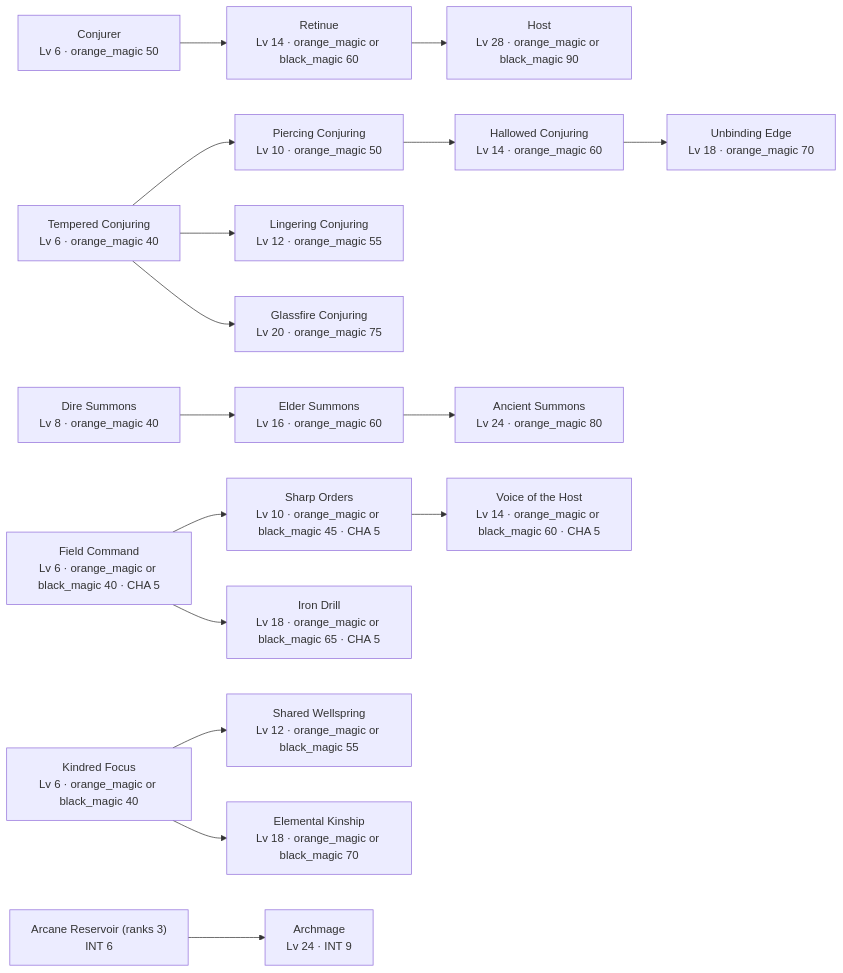
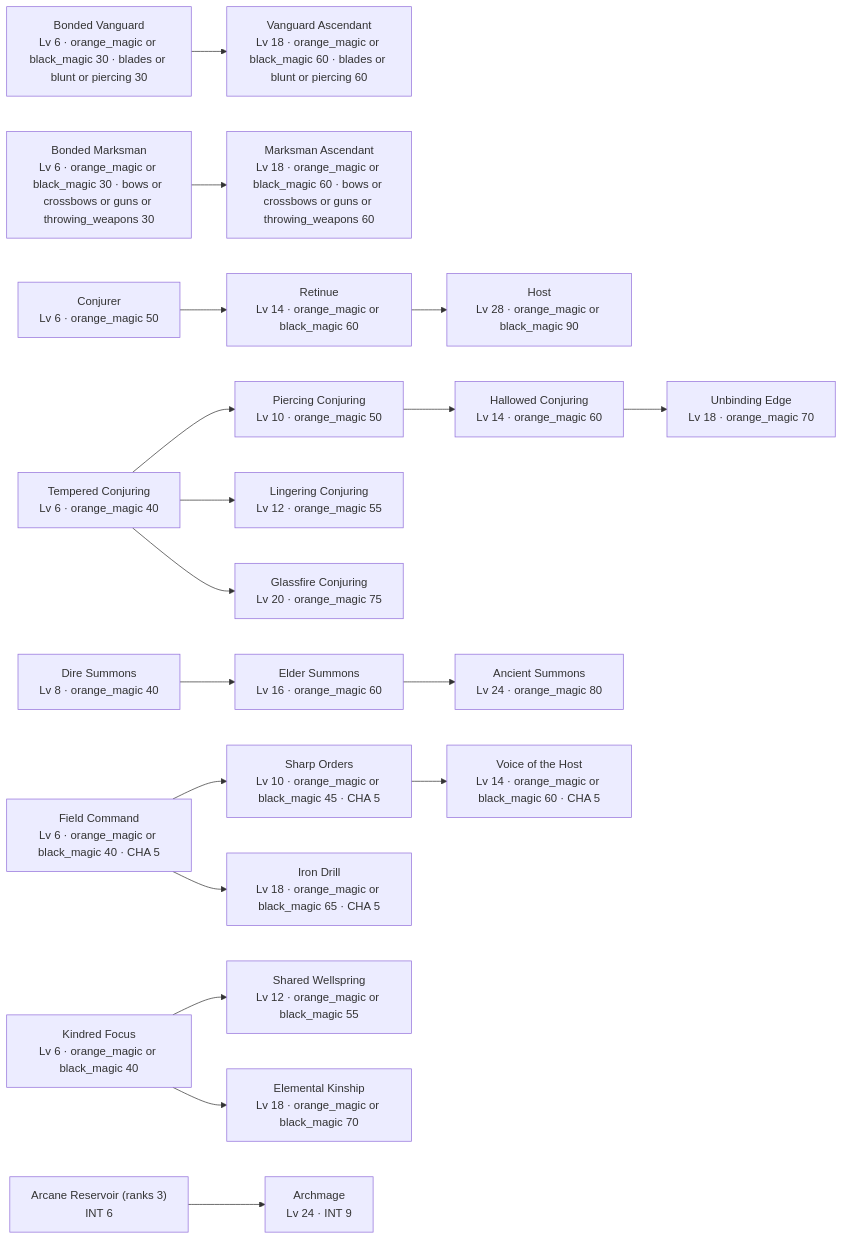
One commit to SETA1609/riftweave-core changed the third of 5 diagrams in docs/core/perk-ladders.md. Above: the diagram before and after it, drawn with Mermaid. The commit also changed other lines of this file and 22 other files, not shown here.

````diff
--- a/docs/core/perk-ladders.md
+++ b/docs/core/perk-ladders.md
@@ -58,39 +58,45 @@
 ```mermaid
 graph LR
   arcane_reservoir["Arcane Reservoir (ranks 3)<br/>INT 6"]
   conjurer["Conjurer<br/>Lv 6 · orange_magic 50"]
   summon_retinue["Retinue<br/>Lv 14 · orange_magic or black_magic 60"]
+  bonded_vanguard["Bonded Vanguard<br/>Lv 6 · orange_magic or black_magic 30 · blades or blunt or piercing 30"]
+  bonded_marksman["Bonded Marksman<br/>Lv 6 · orange_magic or black_magic 30 · bows or crossbows or guns or throwing_weapons 30"]
+  vanguard_ascendant["Vanguard Ascendant<br/>Lv 18 · orange_magic or black_magic 60 · blades or blunt or piercing 60"]
+  marksman_ascendant["Marksman Ascendant<br/>Lv 18 · orange_magic or black_magic 60 · bows or crossbows or guns or throwing_weapons 60"]
   tempered_conjuring["Tempered Conjuring<br/>Lv 6 · orange_magic 40"]
   piercing_conjuring["Piercing Conjuring<br/>Lv 10 · orange_magic 50"]
   lingering_conjuring["Lingering Conjuring<br/>Lv 12 · orange_magic 55"]
   hallowed_conjuring["Hallowed Conjuring<br/>Lv 14 · orange_magic 60"]
   unbinding_edge["Unbinding Edge<br/>Lv 18 · orange_magic 70"]
   glassfire_conjuring["Glassfire Conjuring<br/>Lv 20 · orange_magic 75"]
   summon_host["Host<br/>Lv 28 · orange_magic or black_magic 90"]
   summon_dire["Dire Summons<br/>Lv 8 · orange_magic 40"]
   summon_elder["Elder Summons<br/>Lv 16 · orange_magic 60"]
   summon_ancient["Ancient Summons<br/>Lv 24 · orange_magic 80"]
   field_command["Field Command<br/>Lv 6 · orange_magic or black_magic 40 · CHA 5"]
   sharp_orders["Sharp Orders<br/>Lv 10 · orange_magic or black_magic 45 · CHA 5"]
   voice_of_the_host["Voice of the Host<br/>Lv 14 · orange_magic or black_magic 60 · CHA 5"]
   iron_drill["Iron Drill<br/>Lv 18 · orange_magic or black_magic 65 · CHA 5"]
   kindred_focus["Kindred Focus<br/>Lv 6 · orange_magic or black_magic 40"]
   shared_wellspring["Shared Wellspring<br/>Lv 12 · orange_magic or black_magic 55"]
   elemental_kinship["Elemental Kinship<br/>Lv 18 · orange_magic or black_magic 70"]
   archmage["Archmage<br/>Lv 24 · INT 9"]
   conjurer --> summon_retinue
+  bonded_vanguard --> vanguard_ascendant
+  bonded_marksman --> marksman_ascendant
   tempered_conjuring --> piercing_conjuring
   tempered_conjuring --> lingering_conjuring
   piercing_conjuring --> hallowed_conjuring
   hallowed_conjuring --> unbinding_edge
   tempered_conjuring --> glassfire_conjuring
   summon_retinue --> summon_host
   summon_dire --> summon_elder
   summon_elder --> summon_ancient
   field_command --> sharp_orders
   sharp_orders --> voice_of_the_host
   field_command --> iron_drill
   kindred_focus --> shared_wellspring
   kindred_focus --> elemental_kinship
   arcane_reservoir --> archmage
 ```
````
